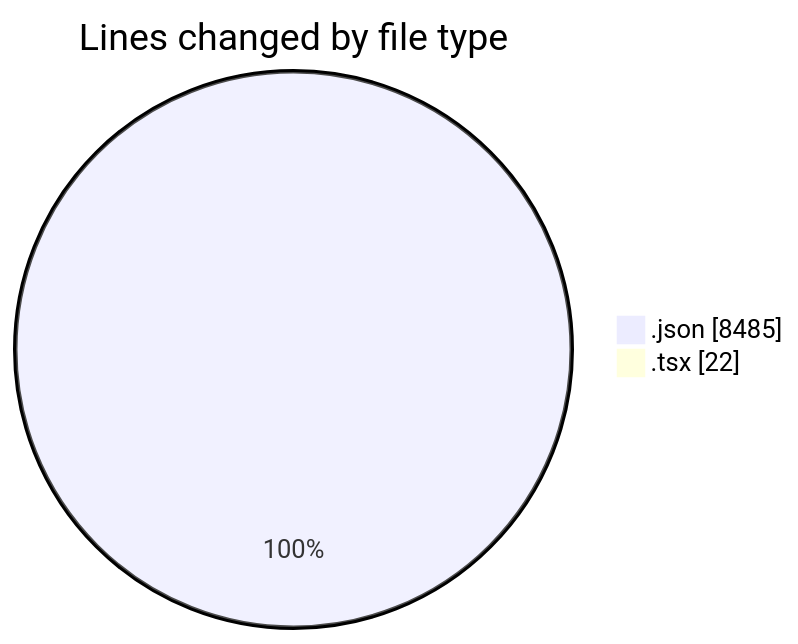
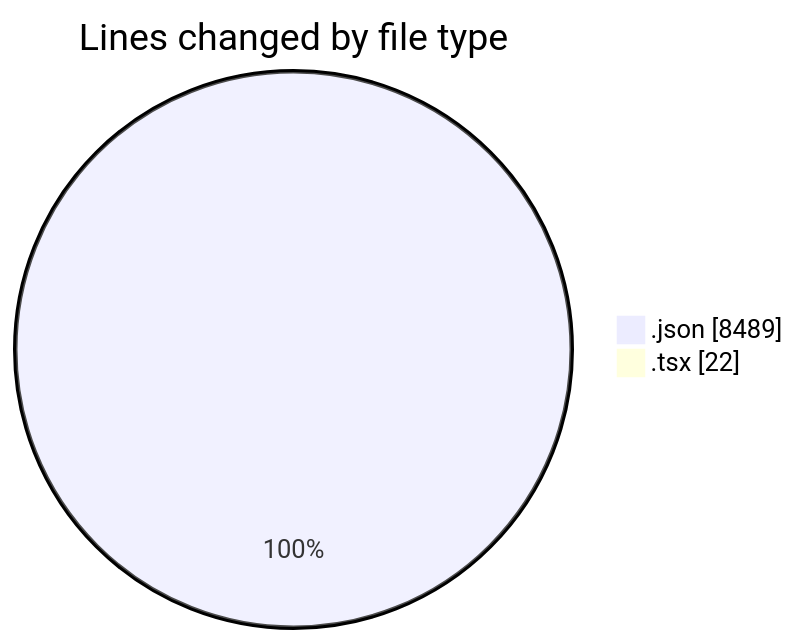
Before and after one commit to JenPaints/code-tracking: the first of 2 diagrams in 2025-07-04/untitled__workspace_/README.md, drawn with Mermaid. The commit also changed other lines of this file and 1 other file, not shown here.

````diff
--- a/2025-07-04/untitled__workspace_/README.md
+++ b/2025-07-04/untitled__workspace_/README.md
@@ -24,6 +24,6 @@
 ```mermaid
 pie showData
 title Lines changed by file type
-".json" : 8485
+".json" : 8489
 ".tsx" : 22
 ```
````
